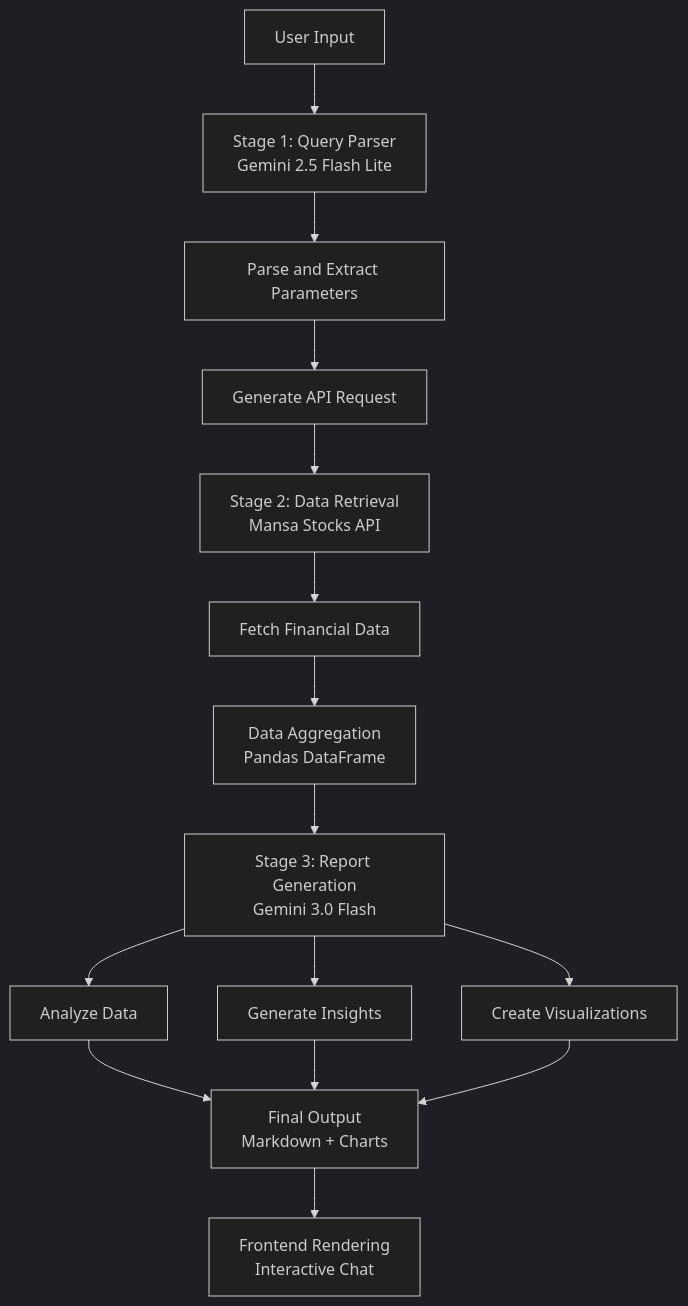
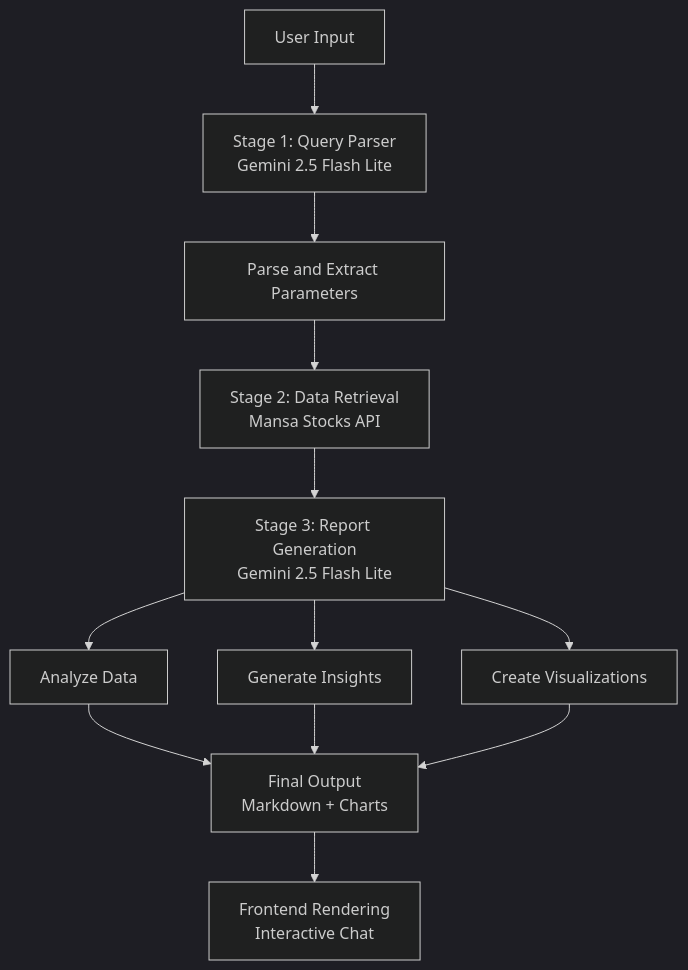
The diagram in README.md (mansa-team/prometheus), drawn with Mermaid (dark theme) before and after one commit. The commit also changed other lines of this file and 8 other files, not shown here.

````diff
--- a/README.md
+++ b/README.md
@@ -8,17 +56,14 @@
 ```mermaid
 graph TD
     A["User Input"] --> B["Stage 1: Query Parser<br/>Gemini 2.5 Flash Lite"]
     B --> C["Parse and Extract Parameters"]
-    C --> D["Generate API Request"]
-    D --> E["Stage 2: Data Retrieval<br/>Mansa Stocks API"]
-    E --> F["Fetch Financial Data"]
-    F --> G["Data Aggregation<br/>Pandas DataFrame"]
-    G --> H["Stage 3: Report Generation<br/>Gemini 3.0 Flash"]
-    H --> I["Analyze Data"]
-    H --> J["Generate Insights"]
-    H --> K["Create Visualizations"]
-    I --> L["Final Output<br/>Markdown + Charts"]
-    J --> L
-    K --> L
-    L --> M["Frontend Rendering<br/>Interactive Chat"]
+    C --> E["Stage 2: Data Retrieval<br/>Mansa Stocks API"]
+    E --> G["Stage 3: Report Generation<br/>Gemini 2.5 Flash Lite"]
+    G --> H["Analyze Data"]
+    G --> I["Generate Insights"]
+    G --> J["Create Visualizations"]
+    H --> K["Final Output<br/>Markdown + Charts"]
+    I --> K
+    J --> K
+    K --> L["Frontend Rendering<br/>Interactive Chat"]
 ```
````
